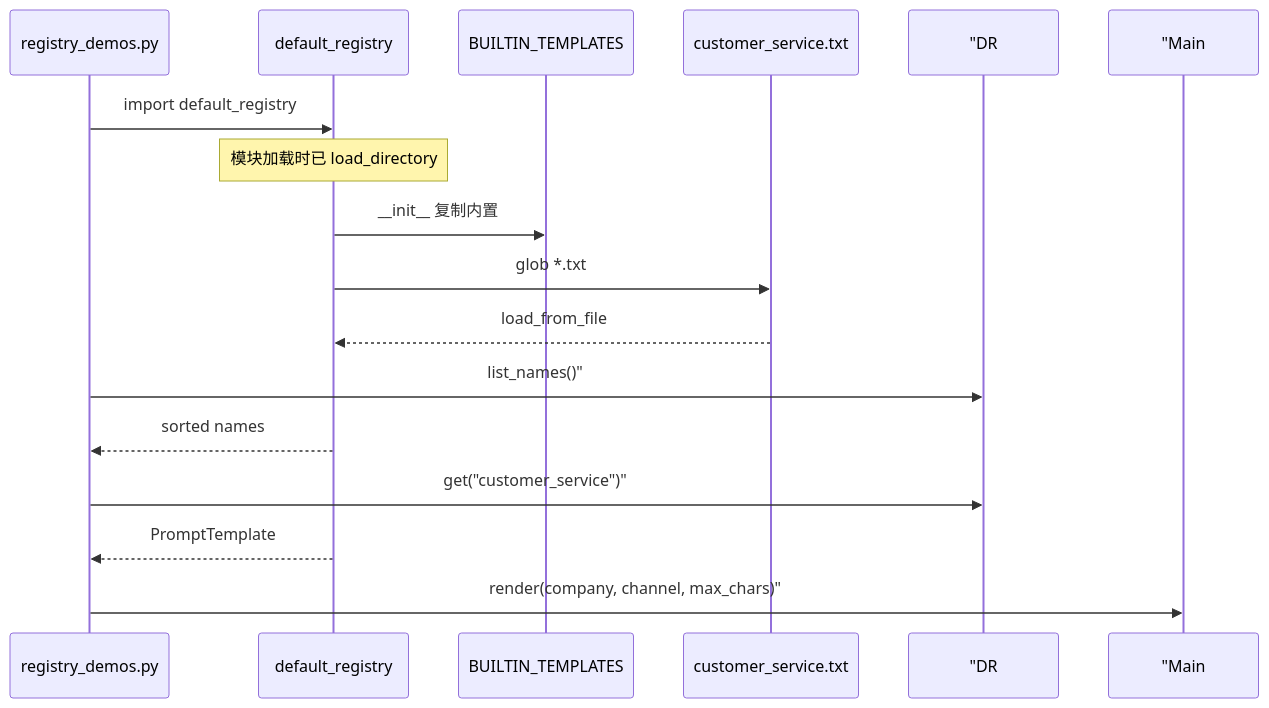
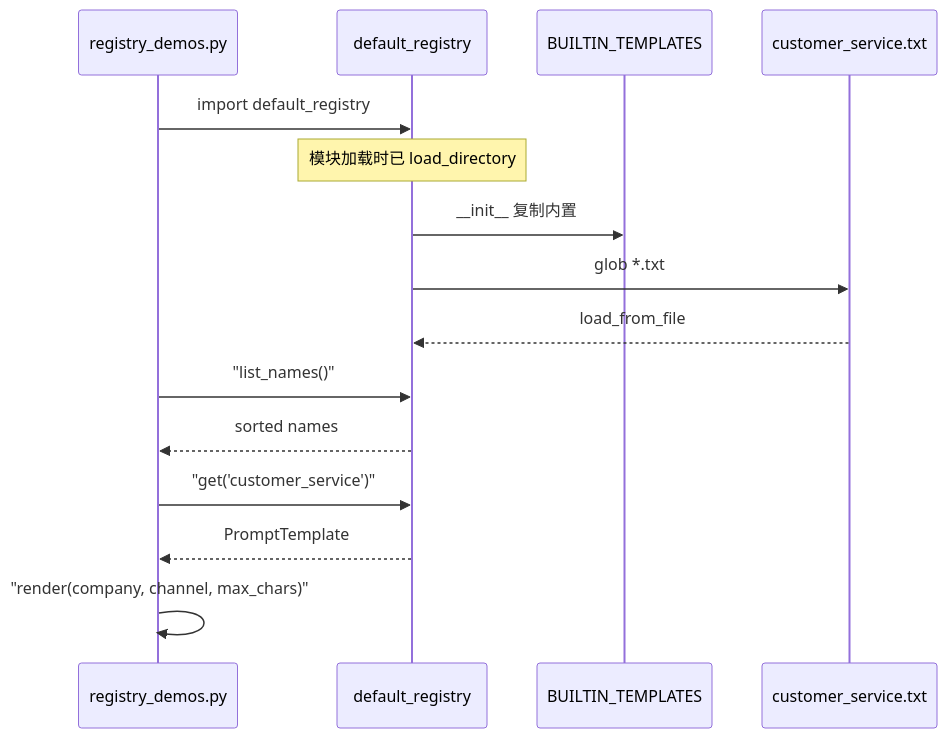
One commit to ab6539763/70_days_course_plus changed the fourth of 10 diagrams in course/day17/04_流程图与示意图.md. Above: the diagram before and after it, drawn with Mermaid. The commit also changed other lines of this file and 80 other files, not shown here.

First line of the commit message:
fix(course): 修复 Mermaid 图表渲染报错 + 同步嵌入代码快照

````diff
--- a/course/day17/04_流程图与示意图.md
+++ b/course/day17/04_流程图与示意图.md
@@ -59,18 +59,18 @@
 ```mermaid
 sequenceDiagram
     participant Main as registry_demos.py
     participant DR as default_registry
     participant Lib as BUILTIN_TEMPLATES
     participant File as customer_service.txt
 
     Main->>DR: import default_registry
     Note over DR: 模块加载时已 load_directory
     DR->>Lib: __init__ 复制内置
     DR->>File: glob *.txt
     File-->>DR: load_from_file
-    Main->> "DR: list_names()"
+    Main->>DR: "list_names()"
     DR-->>Main: sorted names
-    Main->> "DR: get("customer_service")"
+    Main->>DR: "get('customer_service')"
     DR-->>Main: PromptTemplate
-    Main->> "Main: render(company, channel, max_chars)"
+    Main->>Main: "render(company, channel, max_chars)"
 ```
````
